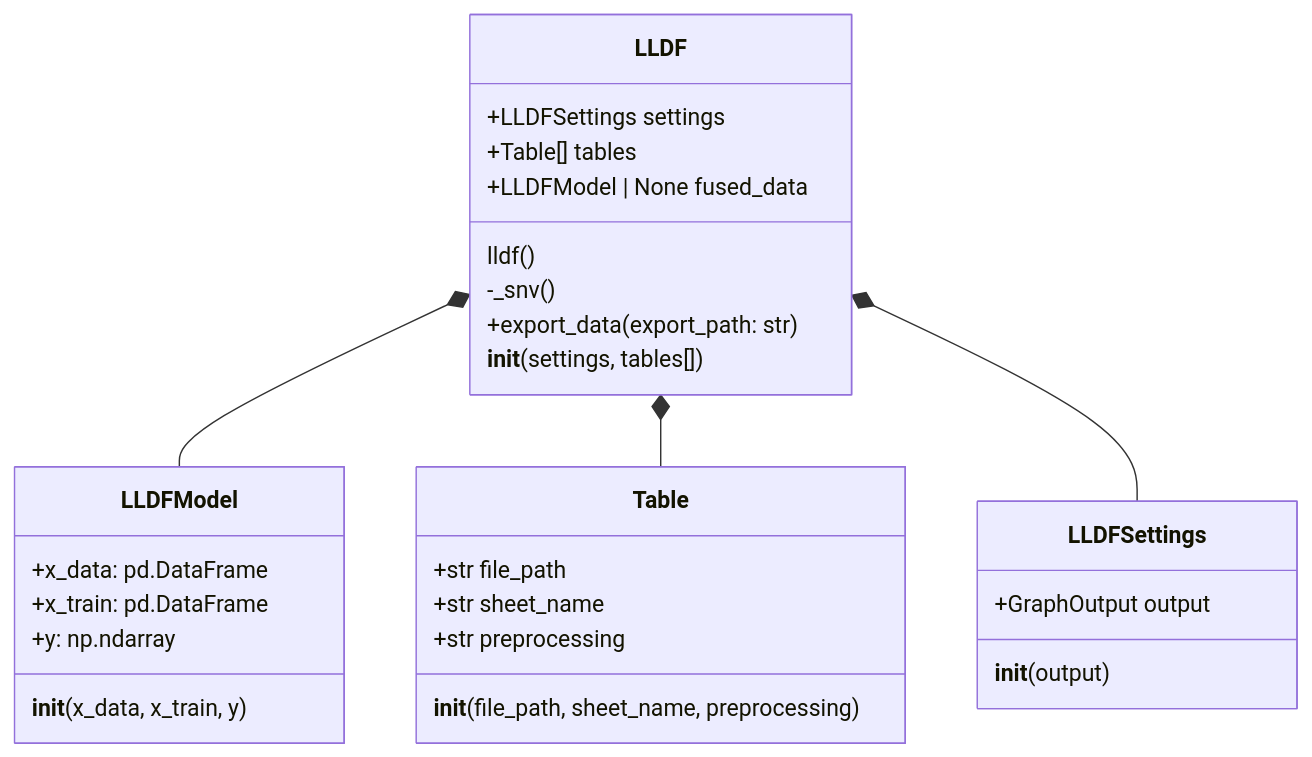
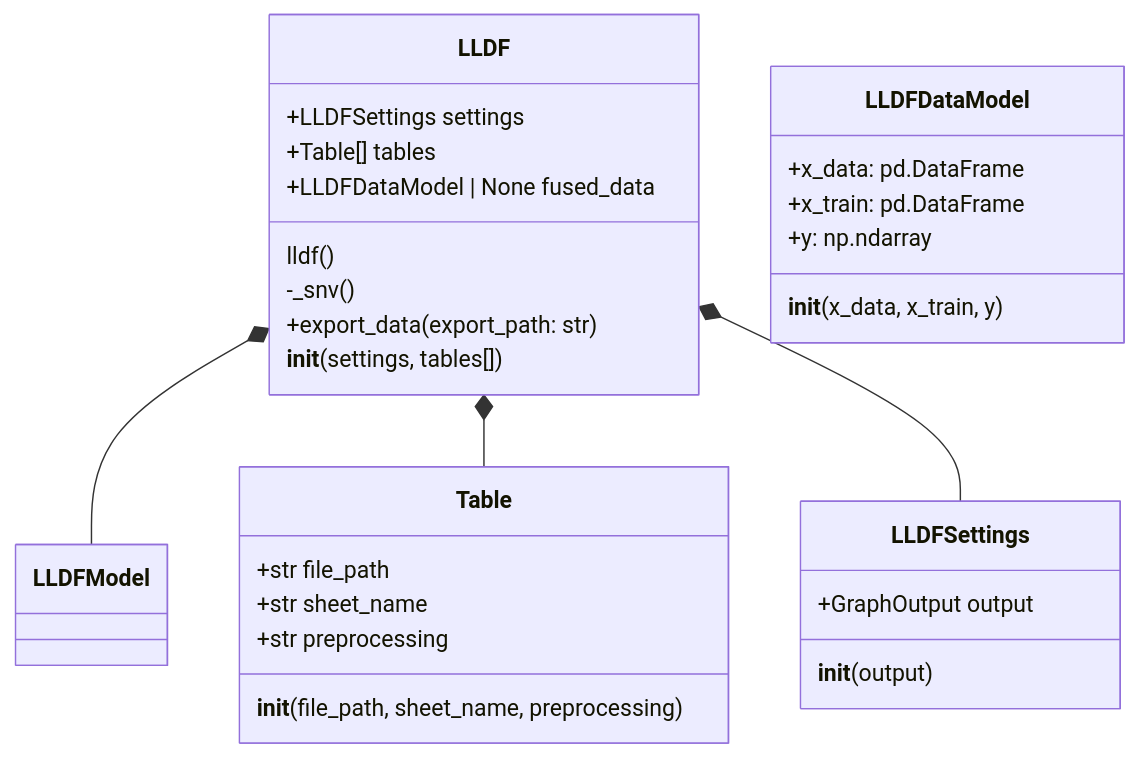
Before and after one commit to f-aguzzi/ChemFuseKit: the diagram in docs/docs/lldf/index.mdx, drawn with Mermaid. The commit also changed 7 other files, not shown here.

````diff
--- a/docs/docs/lldf/index.mdx
+++ b/docs/docs/lldf/index.mdx
@@ -13,35 +13,35 @@
 ```mermaid
 classDiagram
     class Table {
         +str file_path
         +str sheet_name
         +str preprocessing
         __init__(file_path, sheet_name, preprocessing)
     }
 
     class LLDFSettings {
         +GraphOutput output
         __init__(output)
     }
 
     class LLDF {
         +LLDFSettings settings
         +Table[] tables
-        +LLDFModel | None fused_data
+        +LLDFDataModel | None fused_data
         lldf()
         -_snv()
         +export_data(export_path: str)
         __init__(settings, tables[])
     }
 
-    class LLDFModel {
+    class LLDFDataModel {
         +x_data: pd.DataFrame
         +x_train: pd.DataFrame
         +y: np.ndarray
         __init__(x_data, x_train, y)
     }
 
     LLDF *-- LLDFModel
     LLDF *-- Table
     LLDF *-- LLDFSettings
 ```
````
